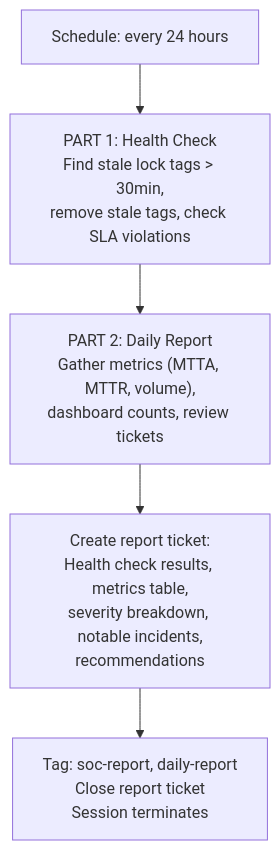
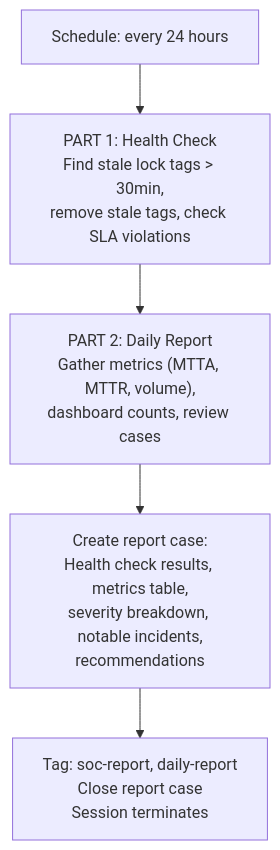
The diagram in lc-soc/lean-soc/reporter/README.md (refractionPOINT/lc-ai), drawn with Mermaid before and after one commit. The commit also changed other lines of this file and 74 other files, not shown here.

First line of the commit message:
Rename ticket→case in AI agent configs

````diff
--- a/lc-soc/lean-soc/reporter/README.md
+++ b/lc-soc/lean-soc/reporter/README.md
@@ -7,7 +7,7 @@
 ```mermaid
 flowchart TD
     trigger["Schedule: every 24 hours"] --> health["PART 1: Health Check<br/>Find stale lock tags > 30min,<br/>remove stale tags, check SLA violations"]
-    health --> report["PART 2: Daily Report<br/>Gather metrics (MTTA, MTTR, volume),<br/>dashboard counts, review tickets"]
-    report --> create["Create report ticket:<br/>Health check results, metrics table,<br/>severity breakdown, notable incidents,<br/>recommendations"]
-    create --> done["Tag: soc-report, daily-report<br/>Close report ticket<br/>Session terminates"]
+    health --> report["PART 2: Daily Report<br/>Gather metrics (MTTA, MTTR, volume),<br/>dashboard counts, review cases"]
+    report --> create["Create report case:<br/>Health check results, metrics table,<br/>severity breakdown, notable incidents,<br/>recommendations"]
+    create --> done["Tag: soc-report, daily-report<br/>Close report case<br/>Session terminates"]
 ```
````
